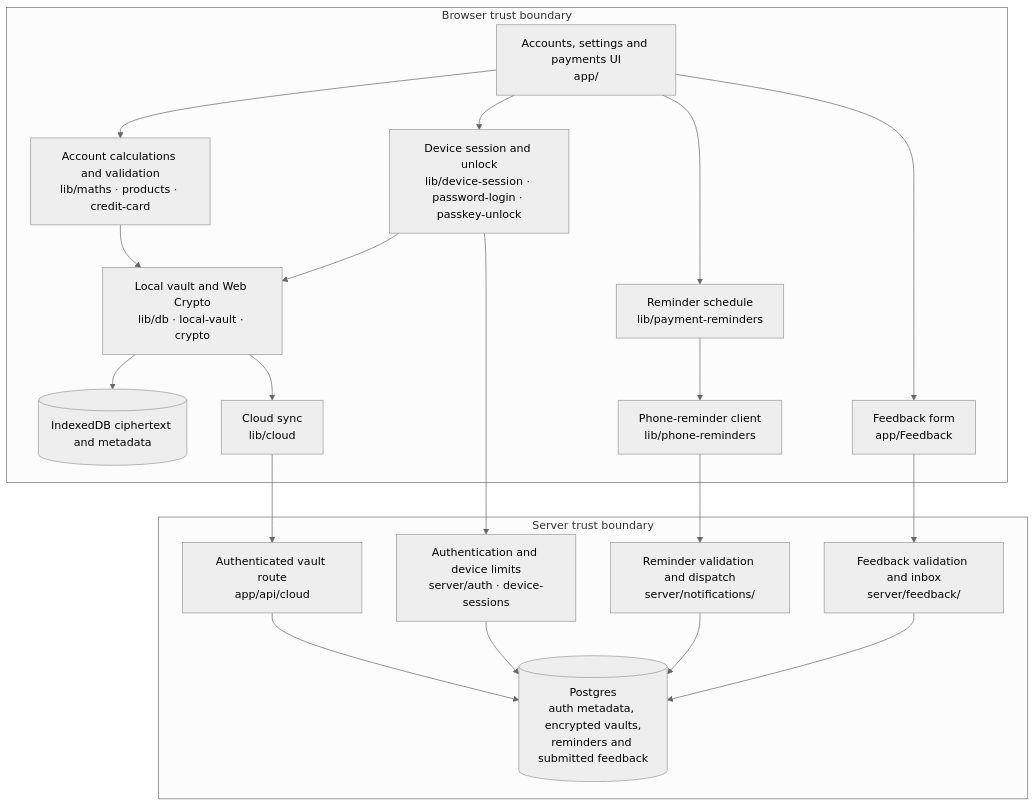
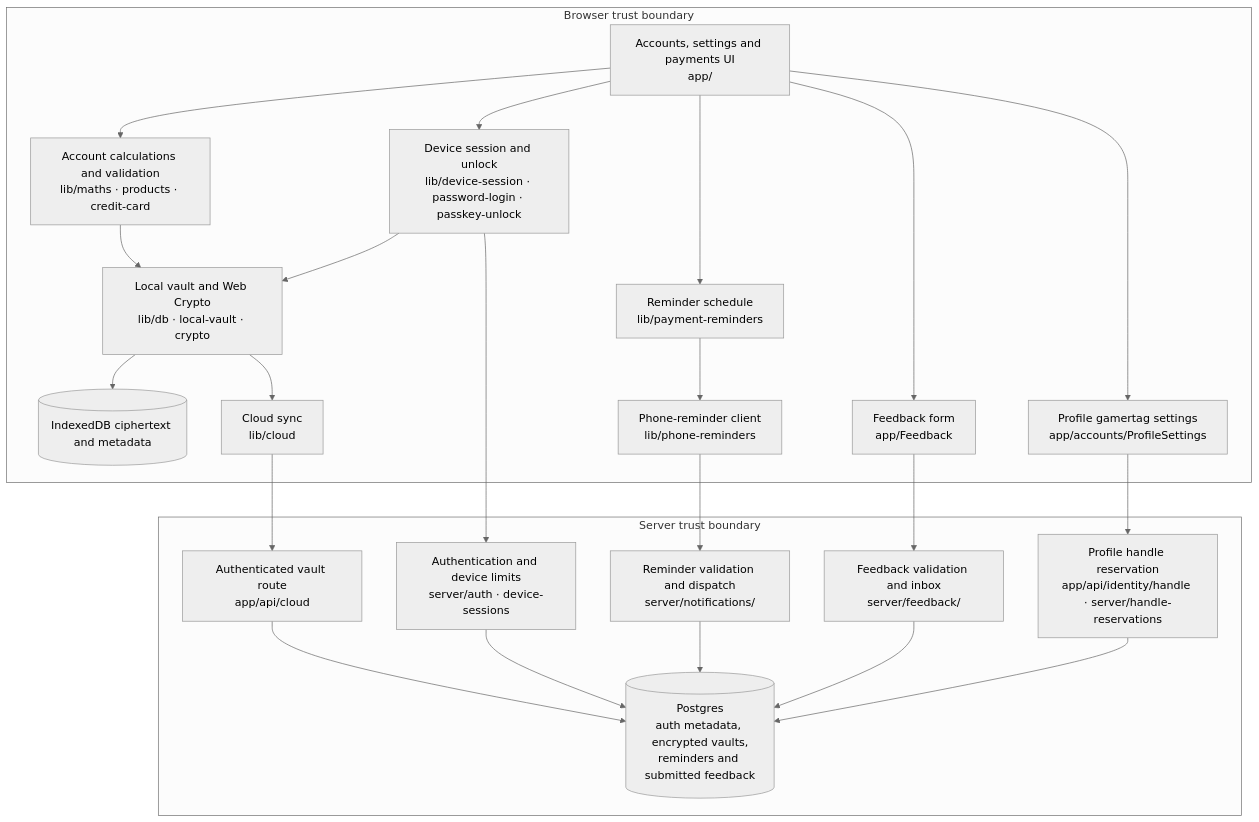
One commit to devcamos/drip changed the third of 3 diagrams in docs/architecture.md. Above: the diagram before and after it, drawn with Mermaid (neutral theme). The commit also changed other lines of this file, not shown here.

Commit message:
fix: require passkey proof for profile renames

````diff
--- a/docs/architecture.md
+++ b/docs/architecture.md
@@ -54,29 +54,33 @@
 ```mermaid
 flowchart TB
     subgraph Browser["Browser trust boundary"]
         View["Accounts, settings and payments UI<br/>app/"] --> Logic["Account calculations and validation<br/>lib/maths · products · credit-card"]
         View --> Session["Device session and unlock<br/>lib/device-session · password-login · passkey-unlock"]
         Session --> Vault["Local vault and Web Crypto<br/>lib/db · local-vault · crypto"]
         Logic --> Vault
         Vault --> Local[("IndexedDB ciphertext and metadata")]
         Vault --> Sync["Cloud sync<br/>lib/cloud"]
         View --> Schedule["Reminder schedule<br/>lib/payment-reminders"]
         View --> FeedbackUI["Feedback form<br/>app/Feedback"]
+        View --> HandleUI["Profile gamertag settings<br/>app/accounts/ProfileSettings"]
         Schedule --> Phone["Phone-reminder client<br/>lib/phone-reminders"]
     end
     subgraph Server["Server trust boundary"]
         Auth["Authentication and device limits<br/>server/auth · device-sessions"]
         API["Authenticated vault route<br/>app/api/cloud"]
         PushAPI["Reminder validation and dispatch<br/>server/notifications/"]
         FeedbackAPI["Feedback validation and inbox<br/>server/feedback/"]
+        HandleAPI["Profile handle reservation<br/>app/api/identity/handle · server/handle-reservations"]
         DB[("Postgres<br/>auth metadata, encrypted vaults,<br/>reminders and submitted feedback")]
         Auth --> DB
         API --> DB
         PushAPI --> DB
         FeedbackAPI --> DB
+        HandleAPI --> DB
     end
     Session --> Auth
     Sync --> API
     Phone --> PushAPI
     FeedbackUI --> FeedbackAPI
+    HandleUI --> HandleAPI
 ```
````
